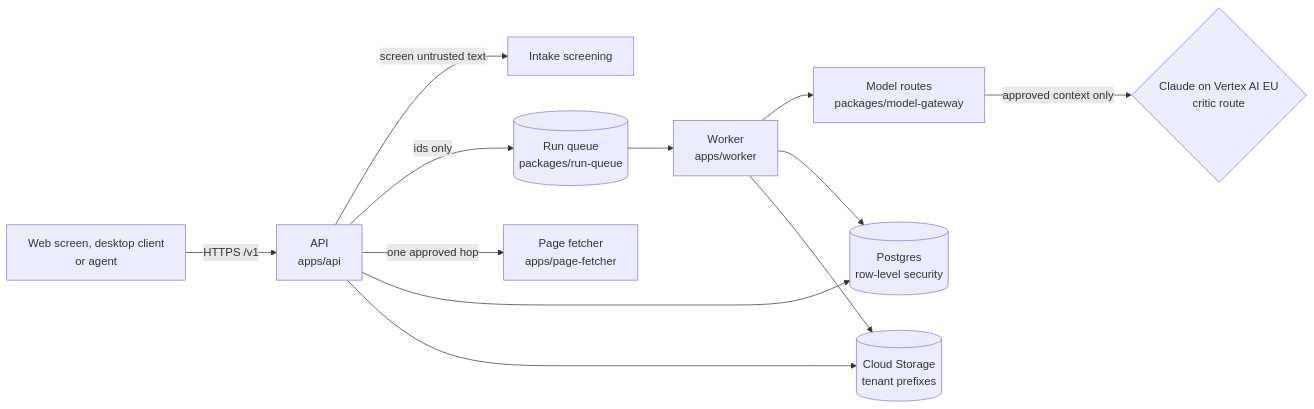
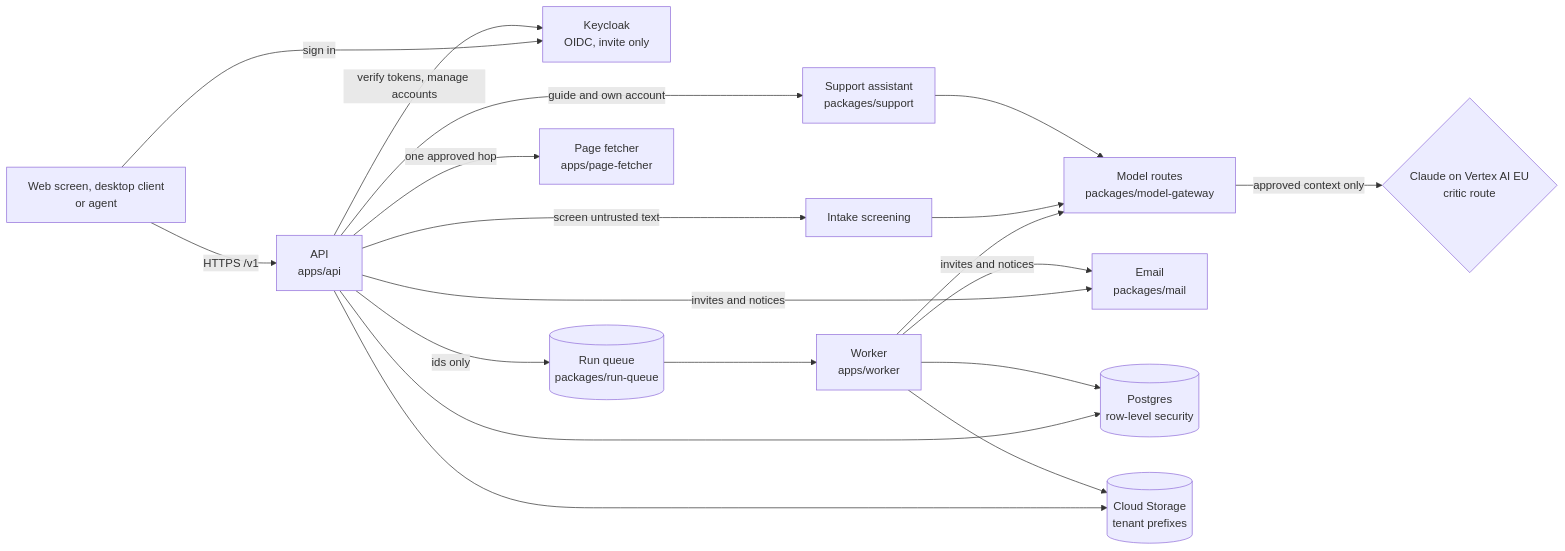
Before and after one commit to akoita/draft-loop: the first of 9 diagrams in docs/architecture/hosted-service.md, drawn with Mermaid. The commit also changed other lines of this file and 11 other files, not shown here.

First line of the commit message:
Bring the architecture diagrams and docs up to date with production

````diff
--- a/docs/architecture/hosted-service.md
+++ b/docs/architecture/hosted-service.md
@@ -15,12 +15,17 @@
 ```mermaid
 flowchart LR
   client["Web screen, desktop client<br/>or agent"] -->|HTTPS /v1| api["API<br/>apps/api"]
+  client -->|sign in| idp["Keycloak<br/>OIDC, invite only"]
+  api -->|verify tokens, manage accounts| idp
   api -->|screen untrusted text| screen["Intake screening"]
+  api -->|guide and own account| support["Support assistant<br/>packages/support"]
   api -->|ids only| queue[("Run queue<br/>packages/run-queue")]
   api -->|one approved hop| fetcher["Page fetcher<br/>apps/page-fetcher"]
   queue --> worker["Worker<br/>apps/worker"]
   worker --> gateway["Model routes<br/>packages/model-gateway"]
+  screen & support --> gateway
   gateway -->|approved context only| models{"Claude on Vertex AI EU<br/>critic route"}
+  api & worker -->|invites and notices| mail["Email<br/>packages/mail"]
   api & worker --> pg[("Postgres<br/>row-level security")]
   api & worker --> gcs[("Cloud Storage<br/>tenant prefixes")]
 ```
````
